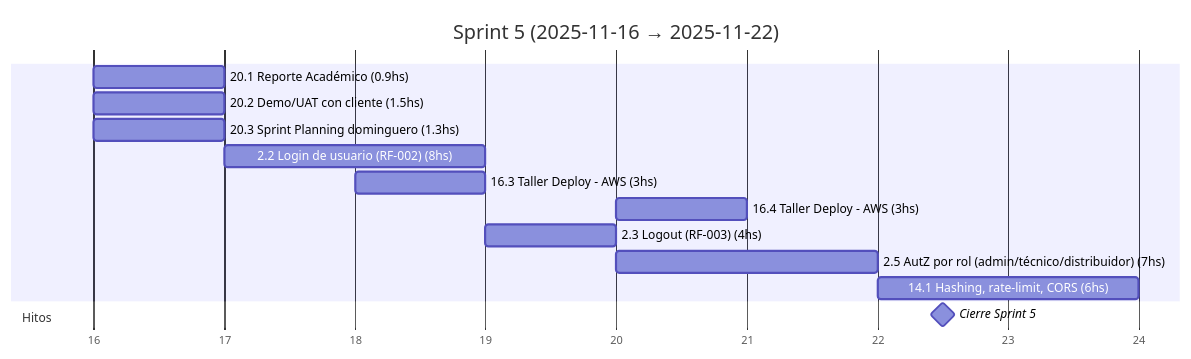
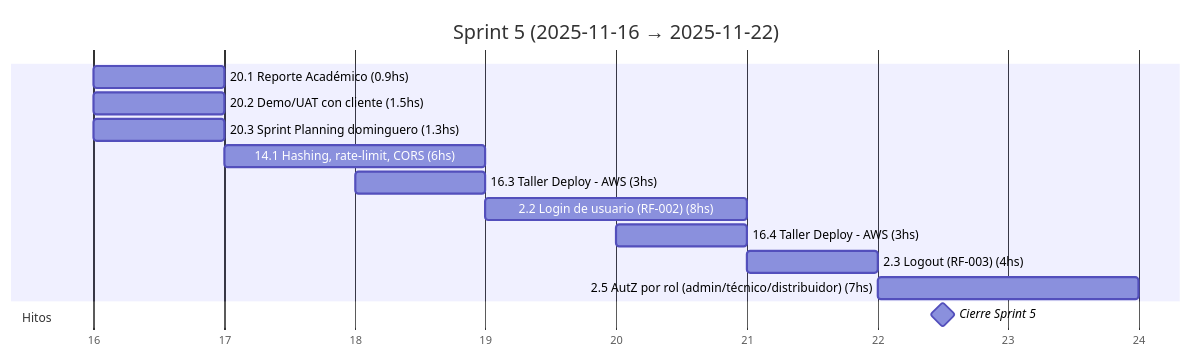
One commit to MarkMed/FleetMan changed the sixth of 19 diagrams in docs/SprintsGantts.md. Above: the diagram before and after it, drawn with Mermaid. The commit also changed other lines of this file, not shown here.

````diff
--- a/docs/SprintsGantts.md
+++ b/docs/SprintsGantts.md
@@ -154,21 +155,21 @@
 ```mermaid
 gantt
   title Sprint 5 (2025-11-16 → 2025-11-22)
   dateFormat  YYYY-MM-DD
   axisFormat  %d
 
   %% Asumimos 5 h/día. Horas estimadas incluidas en el nombre.
 
   20.1 Reporte Académico (0.9hs)               :t201, 2025-11-16, 1d
   20.2 Demo/UAT con cliente (1.5hs)            :t202, 2025-11-16, 1d
   20.3 Sprint Planning dominguero (1.3hs)      :t203, 2025-11-16, 1d
-  2.2 Login de usuario (RF-002) (8hs)          :t22, after t203, 2d
+  14.1 Hashing, rate-limit, CORS (6hs)         :t141, after t203, 2d
   16.3 Taller Deploy - AWS (3hs)               :t163, 2025-11-18, 1d
+  2.2 Login de usuario (RF-002) (8hs)          :t22, after t141, 2d
   16.4 Taller Deploy - AWS (3hs)               :t164, 2025-11-20, 1d
   2.3 Logout (RF-003) (4hs)                    :t23, after t22, 1d
   2.5 AutZ por rol (admin/técnico/distribuidor) (7hs) :t25, after t23, 2d
-  14.1 Hashing, rate-limit, CORS (6hs)         :t141, after t25, 2d
 
   section Hitos
   Cierre Sprint 5                              :milestone, s5, 2025-11-22, 1d
 ```
````
